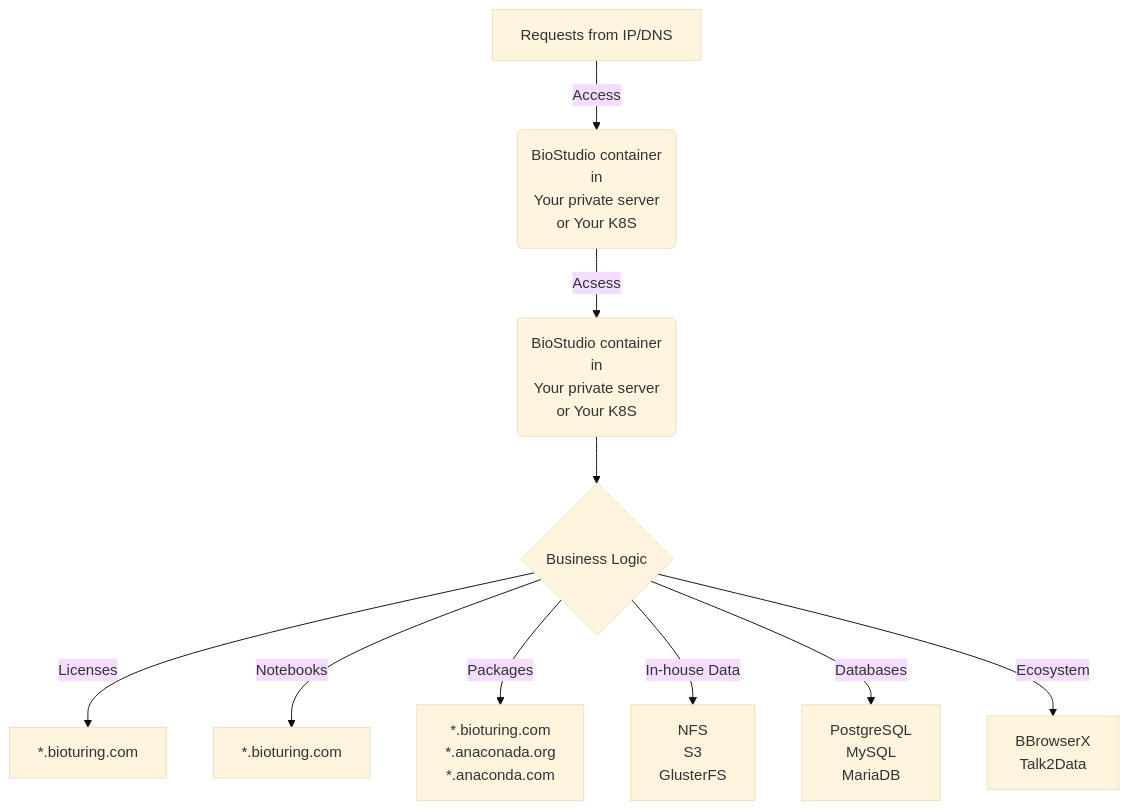
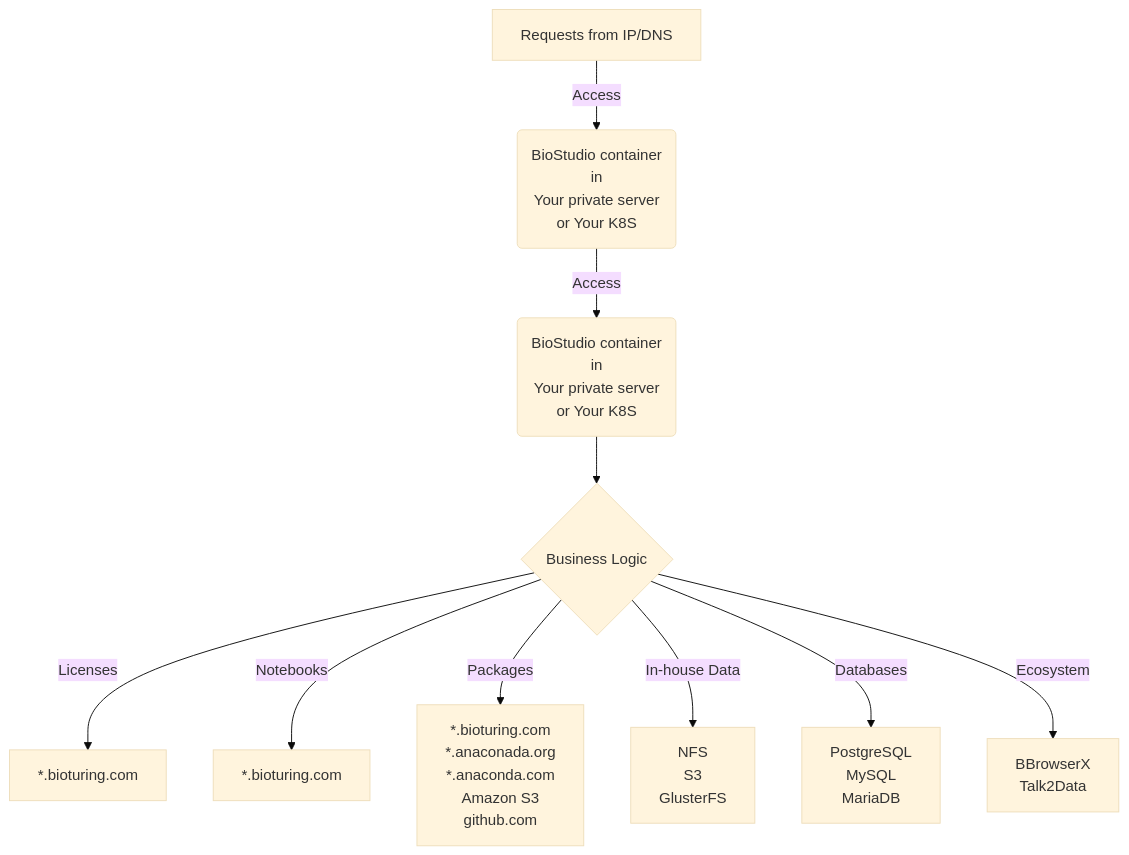
The first of 7 diagrams in architecture.md (Lalitshaktawat/biostudio-installation-documents), drawn with Mermaid (base theme) before and after one commit. The commit also changed other lines of this file and 501 other files, not shown here.

Commit message:
BioStudio imstallation document

````diff
--- a/architecture.md
+++ b/architecture.md
@@ -86,12 +88,12 @@
 ```mermaid
 flowchart TD
     A[Requests from IP/DNS] -->|Access| M(BioStudio container \n in \n Your private server \n or Your K8S)
-    M -->|Acsess| B(BioStudio container \n in \n Your private server \n or Your K8S)
+    M -->|Access| B(BioStudio container \n in \n Your private server \n or Your K8S)
     B --> C{Business Logic}
     C -->|Licenses| D[*.bioturing.com]
     C -->|Notebooks| E[*.bioturing.com]
-    C -->|Packages| F[*.bioturing.com \n *.anaconada.org \n *.anaconda.com]
+    C -->|Packages| F[*.bioturing.com \n *.anaconada.org \n *.anaconda.com \n Amazon S3 \n github.com]
     C -->|In-house Data| G[NFS \n S3 \n GlusterFS]
     C -->|Databases| H[PostgreSQL \n MySQL \n MariaDB]
     C -->|Ecosystem| J[BBrowserX \n Talk2Data]
 ```
````
